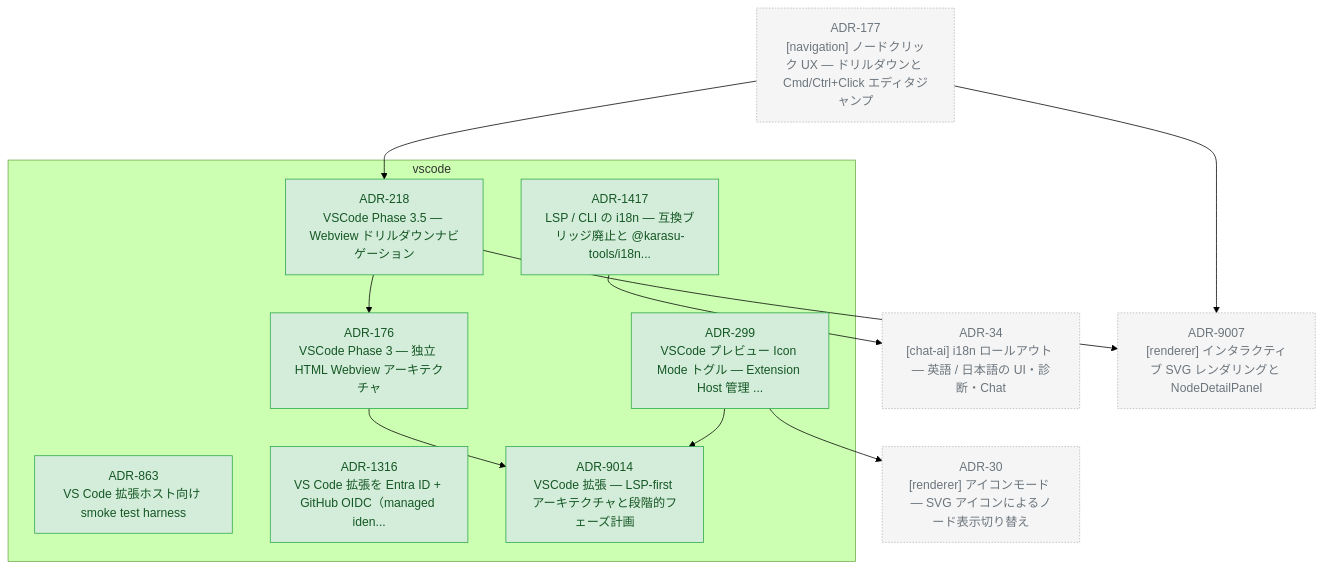
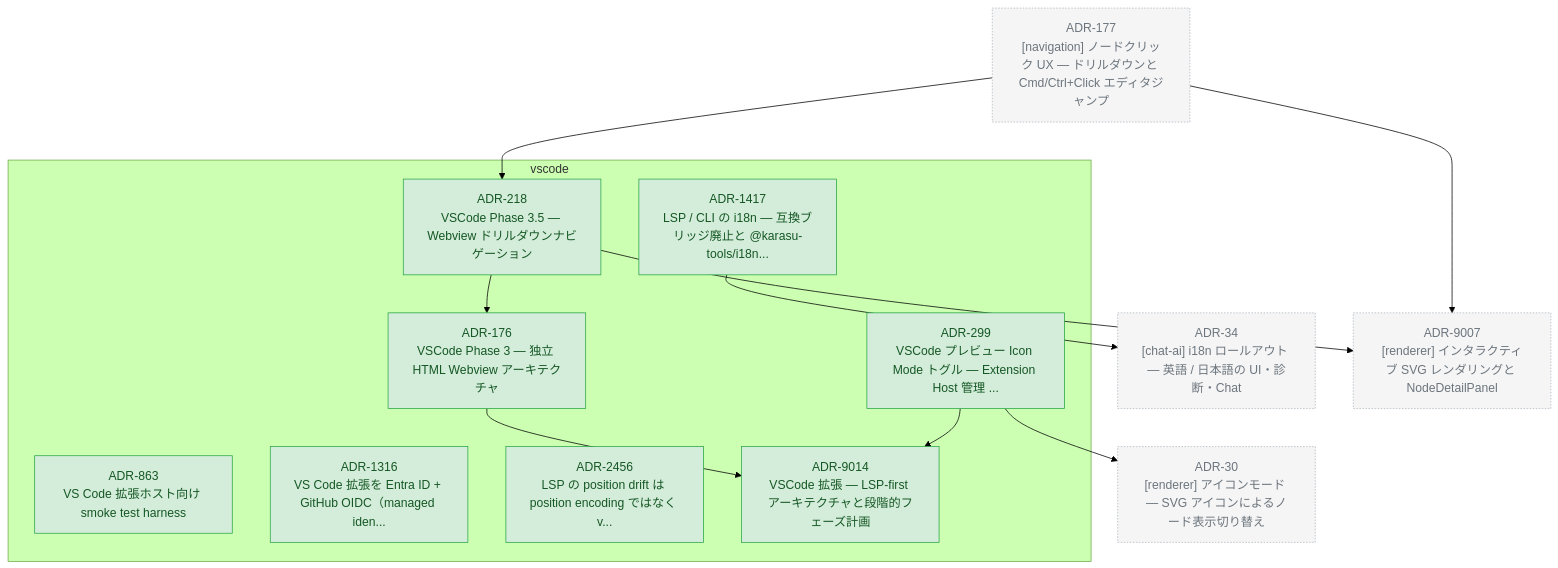
The diagram in docs/adr/graph/vscode.md (kompiro/karasu), drawn with Mermaid (forest theme) before and after one commit. The commit also changed 9 other files, not shown here.

First line of the commit message:
fix(lsp): pin the position drift on a duplicate vscode-jsonrpc copy (#2478)

````diff
--- a/docs/adr/graph/vscode.md
+++ b/docs/adr/graph/vscode.md
@@ -6,42 +6,44 @@
 ```mermaid
 flowchart TD
   subgraph vscode["vscode"]
     ADR_176["ADR-176<br/>VSCode Phase 3 — 独立 HTML Webview アーキテクチャ"]
     ADR_218["ADR-218<br/>VSCode Phase 3.5 — Webview ドリルダウンナビゲーション"]
     ADR_299["ADR-299<br/>VSCode プレビュー Icon Mode トグル — Extension Host 管理 ..."]
     ADR_863["ADR-863<br/>VS Code 拡張ホスト向け smoke test harness"]
     ADR_1316["ADR-1316<br/>VS Code 拡張を Entra ID + GitHub OIDC（managed iden..."]
     ADR_1417["ADR-1417<br/>LSP / CLI の i18n — 互換ブリッジ廃止と @karasu-tools/i18n..."]
+    ADR_2456["ADR-2456<br/>LSP の position drift は position encoding ではなく v..."]
     ADR_9014["ADR-9014<br/>VSCode 拡張 — LSP-first アーキテクチャと段階的フェーズ計画"]
   end
   ADR_30["ADR-30<br/>[renderer] アイコンモード — SVG アイコンによるノード表示切り替え"]
   ADR_34["ADR-34<br/>[chat-ai] i18n ロールアウト — 英語 / 日本語の UI・診断・Chat"]
   ADR_177["ADR-177<br/>[navigation] ノードクリック UX — ドリルダウンと Cmd/Ctrl+Click エディタジャンプ"]
   ADR_9007["ADR-9007<br/>[renderer] インタラクティブ SVG レンダリングと NodeDetailPanel"]
   ADR_176 --> ADR_9014
   ADR_218 --> ADR_176
   ADR_218 --> ADR_9007
   ADR_299 --> ADR_30
   ADR_299 --> ADR_9014
   ADR_1417 --> ADR_34
   ADR_177 --> ADR_9007
   ADR_177 --> ADR_218
 
   classDef accepted fill:#d4edda,stroke:#28a745,color:#155724
   classDef proposed fill:#fff3cd,stroke:#ffc107,color:#856404
   classDef deprecated fill:#f8d7da,stroke:#dc3545,color:#721c24
   classDef superseded fill:#e2e3e5,stroke:#6c757d,color:#383d41
   classDef not_adopted fill:#e2e3e5,stroke:#6c757d,color:#383d41,stroke-dasharray:3 3
   classDef ghost fill:#f5f5f5,stroke:#adb5bd,color:#6c757d,stroke-dasharray:2 2
   class ADR_176 accepted
   class ADR_218 accepted
   class ADR_299 accepted
   class ADR_863 accepted
   class ADR_1316 accepted
   class ADR_1417 accepted
+  class ADR_2456 accepted
   class ADR_9014 accepted
   class ADR_30 ghost
   class ADR_34 ghost
   class ADR_177 ghost
   class ADR_9007 ghost
 ```
````
